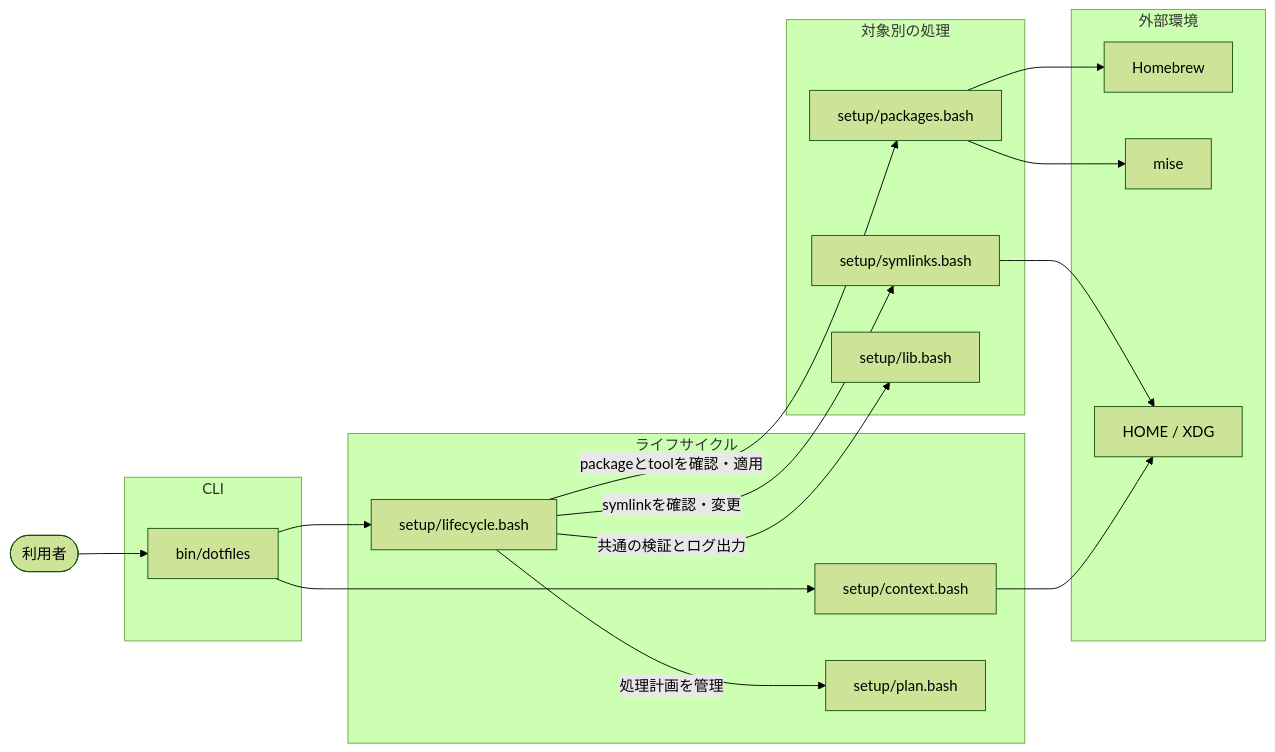
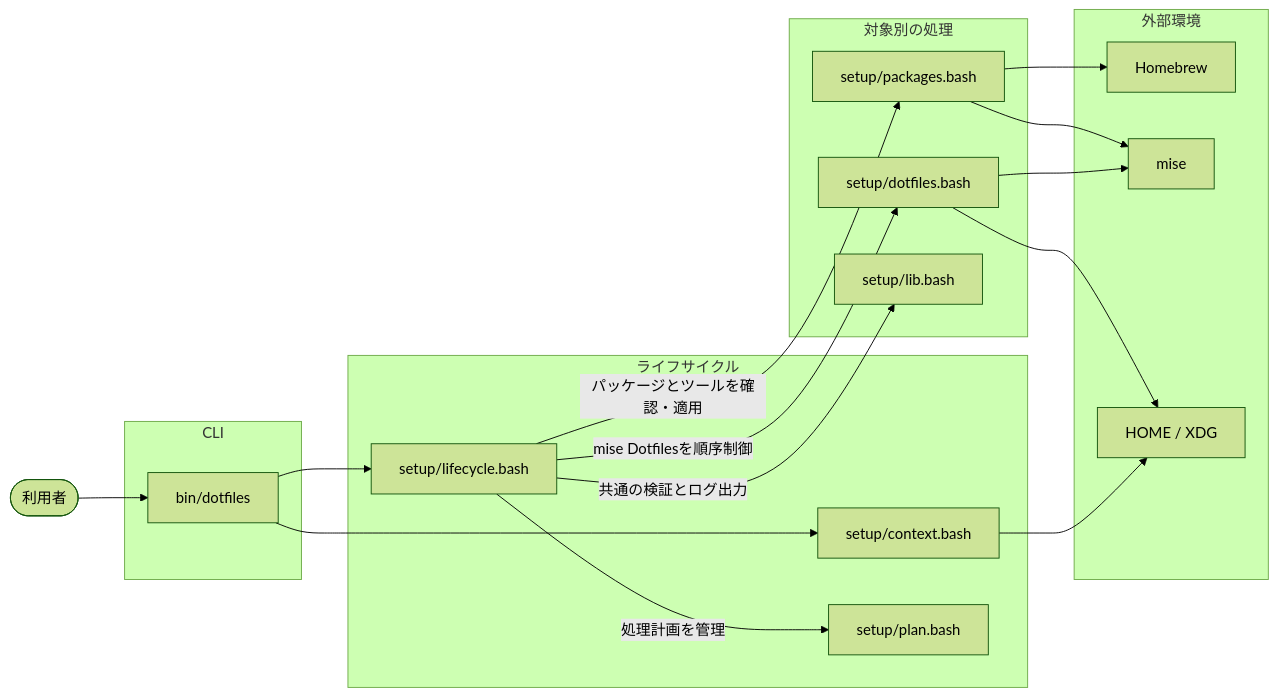
One commit to gkzz/dotfiles changed the first of 2 diagrams in docs/ARCHITECTURE.md. Above: the diagram before and after it, drawn with Mermaid (forest theme). The commit also changed other lines of this file and 39 other files, not shown here.

````diff
--- a/docs/ARCHITECTURE.md
+++ b/docs/ARCHITECTURE.md
@@ -7,38 +7,39 @@
 ```mermaid
 flowchart LR
     user([利用者])
 
     subgraph cli[CLI]
         command[bin/dotfiles]
     end
 
     subgraph core[ライフサイクル]
         lifecycle[setup/lifecycle.bash]
         context[setup/context.bash]
         plan[setup/plan.bash]
     end
 
     subgraph adapters[対象別の処理]
         packages[setup/packages.bash]
-        symlinks[setup/symlinks.bash]
+        dotfiles[setup/dotfiles.bash]
         lib[setup/lib.bash]
     end
 
     subgraph external[外部環境]
         brew[Homebrew]
         mise[mise]
         home[HOME / XDG]
     end
 
     user --> command
     command --> context
     command --> lifecycle
     lifecycle -->|処理計画を管理| plan
-    lifecycle -->|packageとtoolを確認・適用| packages
-    lifecycle -->|symlinkを確認・変更| symlinks
+    lifecycle -->|パッケージとツールを確認・適用| packages
+    lifecycle -->|mise Dotfilesを順序制御| dotfiles
     lifecycle -->|共通の検証とログ出力| lib
     packages --> brew
     packages --> mise
-    symlinks --> home
+    dotfiles --> mise
+    dotfiles --> home
     context --> home
 ```
````
